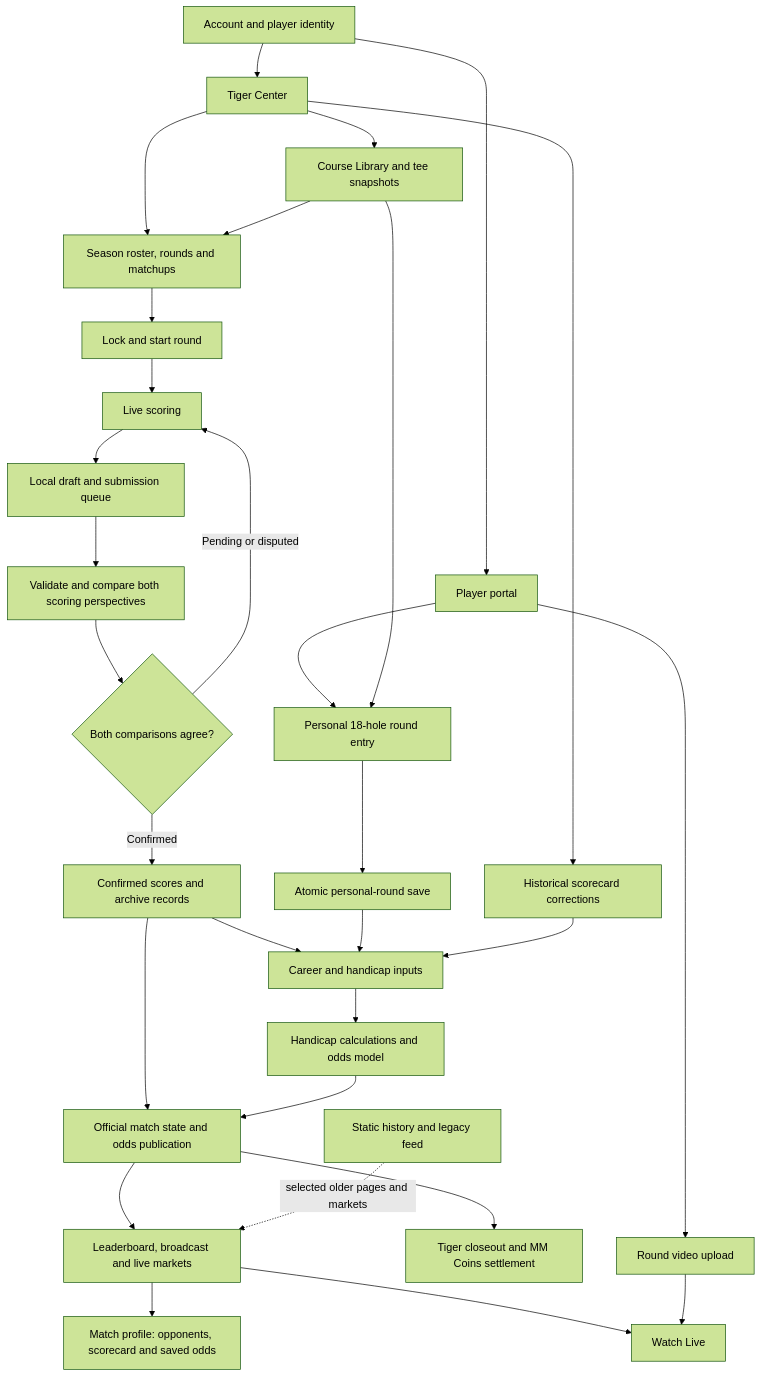
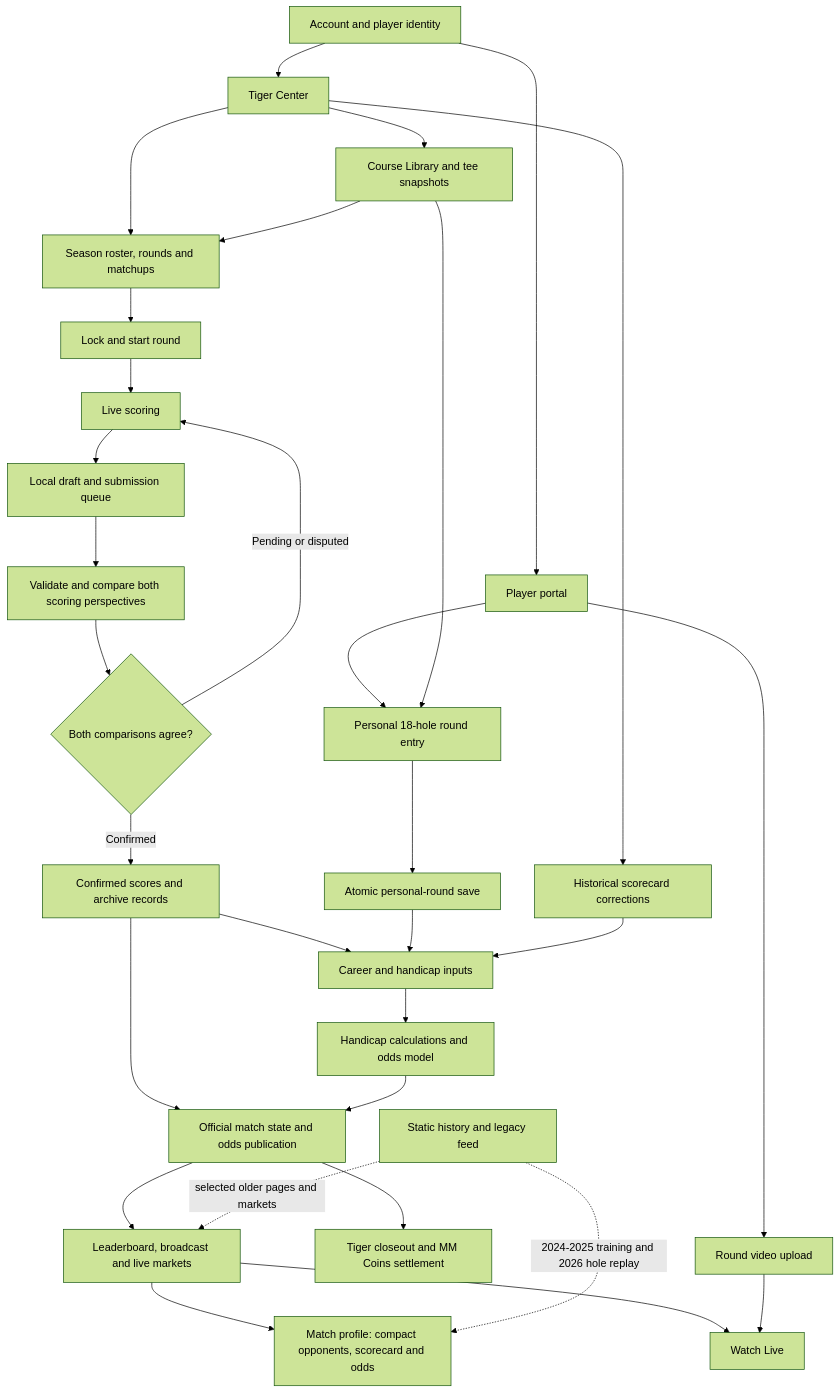
The diagram in docs/app-workflow.md (cadebarone00/MM-Website), drawn with Mermaid (forest theme) before and after one commit. The commit also changed other lines of this file and 10 other files, not shown here.

````diff
--- a/docs/app-workflow.md
+++ b/docs/app-workflow.md
@@ -9,33 +9,34 @@
 ```mermaid
 flowchart TD
   A[Account and player identity] --> P[Player portal]
   A --> T[Tiger Center]
   T --> C[Course Library and tee snapshots]
   T --> S[Season roster, rounds and matchups]
   C --> S
   S --> R[Lock and start round]
   R --> L[Live scoring]
   L --> D[Local draft and submission queue]
   D --> V[Validate and compare both scoring perspectives]
   V --> Q{Both comparisons agree?}
   Q -- Pending or disputed --> L
   Q -- Confirmed --> H[Confirmed scores and archive records]
   H --> O[Official match state and odds publication]
   H --> K[Career and handicap inputs]
   %% Match pages preserve continuous scrolling with equal 56px hole and total columns.
   O --> B[Leaderboard, broadcast and live markets]
-  B --> MP[Match profile: opponents, scorecard and saved odds]
+  B --> MP[Match profile: compact opponents, scorecard and odds]
+  Z -. 2024-2025 training and 2026 hole replay .-> MP
   O --> F[Tiger closeout and MM Coins settlement]
   P --> N[Personal 18-hole round entry]
   C --> N
   N --> E[Atomic personal-round save]
   E --> K
   T --> X[Historical scorecard corrections]
   X --> K
   K --> M[Handicap calculations and odds model]
   M --> O
   B --> W[Watch Live]
   P --> U[Round video upload]
   U --> W
   Z[Static history and legacy feed] -. selected older pages and markets .-> B
 ```
````
